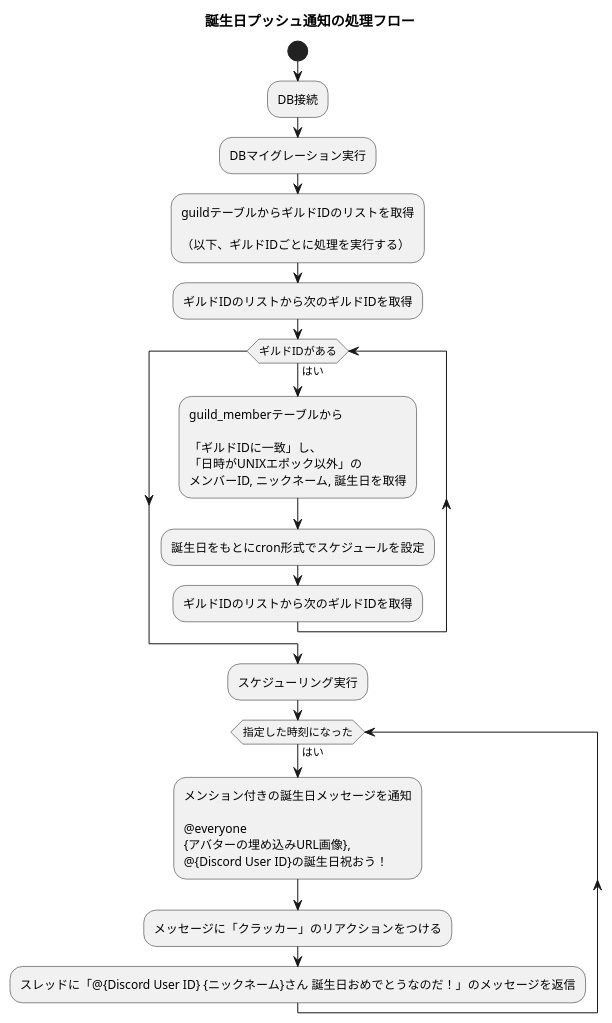
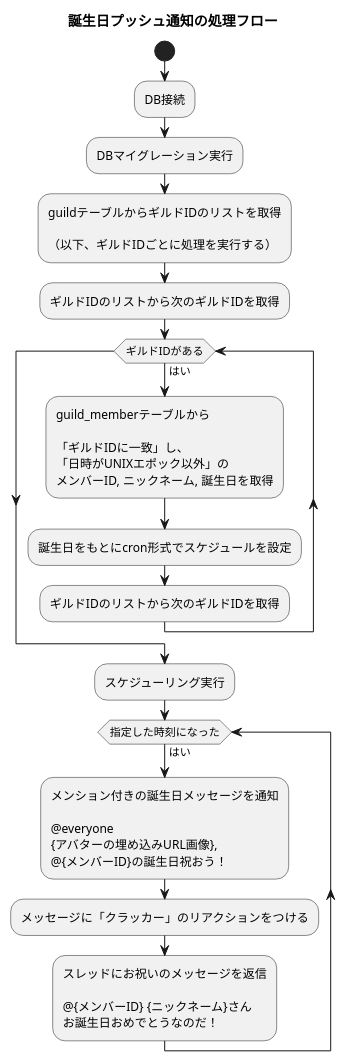
Before and after one commit to novum-d/zunda-bot-rs: the diagram in docs/birth_プッシュ通知.puml, drawn with PlantUML. The commit also changed 2 other files, not shown here.

```diff
--- a/docs/birth_プッシュ通知.puml
+++ b/docs/birth_プッシュ通知.puml
@@ -1,47 +1,50 @@
 @startuml
 
 title 誕生日プッシュ通知の処理フロー
 start
 
 
 :DB接続;
 :DBマイグレーション実行;
 
 
 :guildテーブルからギルドIDのリストを取得
 
 （以下、ギルドIDごとに処理を実行する）;
 
 :ギルドIDのリストから次のギルドIDを取得;
 
 while (ギルドIDがある) is (はい)
 
     ' 初期更新処理
     :guild_memberテーブルから
 
     「ギルドIDに一致」し、
     「日時がUNIXエポック以外」の
     メンバーID, ニックネーム, 誕生日を取得;
 
     :誕生日をもとにcron形式でスケジュールを設定;
 
 
 :ギルドIDのリストから次のギルドIDを取得;
 endwhile
 
 :スケジューリング実行;
 
 while (指定した時刻になった) is (はい)
   :メンション付きの誕生日メッセージを通知
 
   @everyone
   {アバターの埋め込みURL画像},
-  @{Discord User ID}の誕生日祝おう！;
+  @{メンバーID}の誕生日祝おう！;
 
   :メッセージに「クラッカー」のリアクションをつける;
 
-  :スレッドに「@{Discord User ID} {ニックネーム}さん 誕生日おめでとうなのだ！」のメッセージを返信;
+  :スレッドにお祝いのメッセージを返信
+
+ @{メンバーID} {ニックネーム}さん
+ お誕生日おめでとうなのだ！;
 endwhile
   -[hidden]->
 
 @enduml
```
